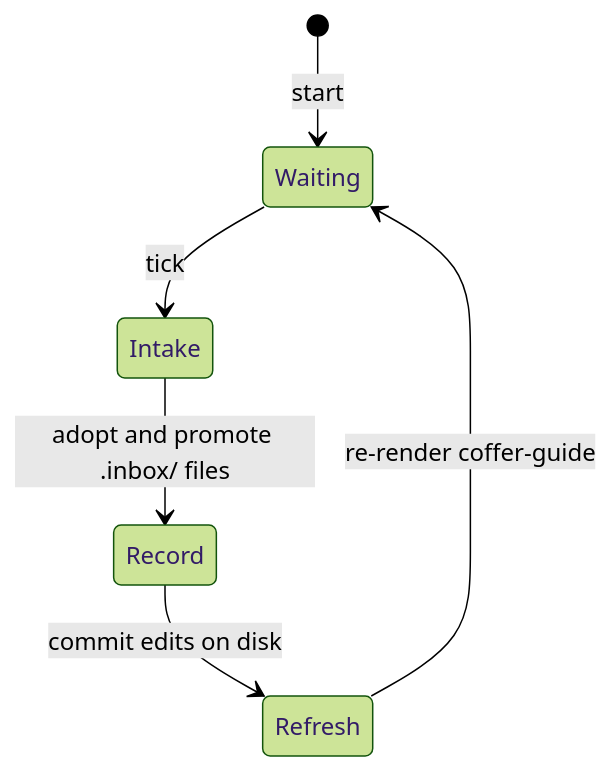
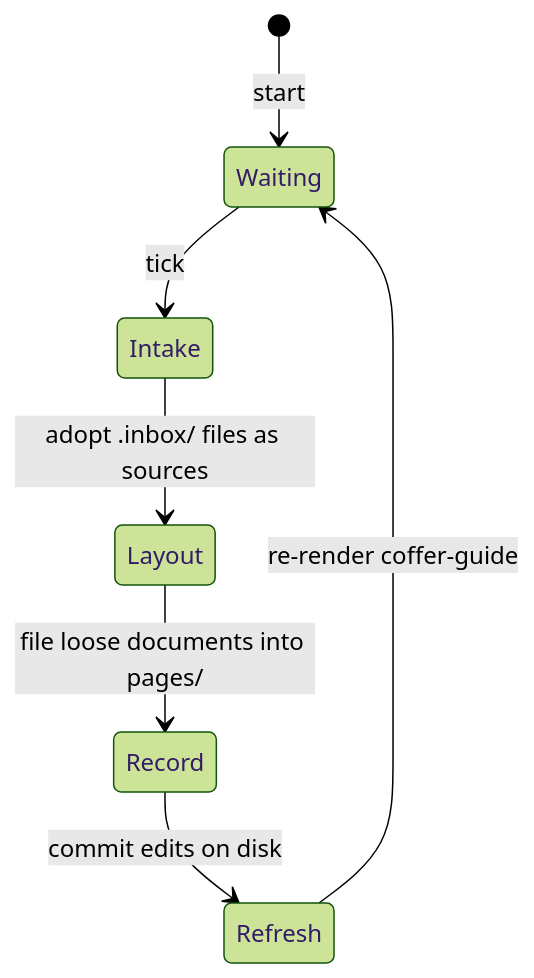
The second of 2 diagrams in docs-site/architecture/knowledge.md (wyx-sg/Coffer), drawn with Mermaid (forest theme) before and after one commit. The commit also changed other lines of this file and 106 other files, not shown here.

First line of the commit message:
feat(knowledge): restructure each collection as a wiki of pages compiled from kept sources (#633)

````diff
--- a/docs-site/architecture/knowledge.md
+++ b/docs-site/architecture/knowledge.md
@@ -196,8 +269,9 @@
 ```mermaid
 stateDiagram-v2
   [*] --> Waiting: start
   Waiting --> Intake: tick
-  Intake --> Record: adopt and promote .inbox/ files
+  Intake --> Layout: adopt .inbox/ files as sources
+  Layout --> Record: file loose documents into pages/
   Record --> Refresh: commit edits on disk
   Refresh --> Waiting: re-render coffer-guide
 ```
````
